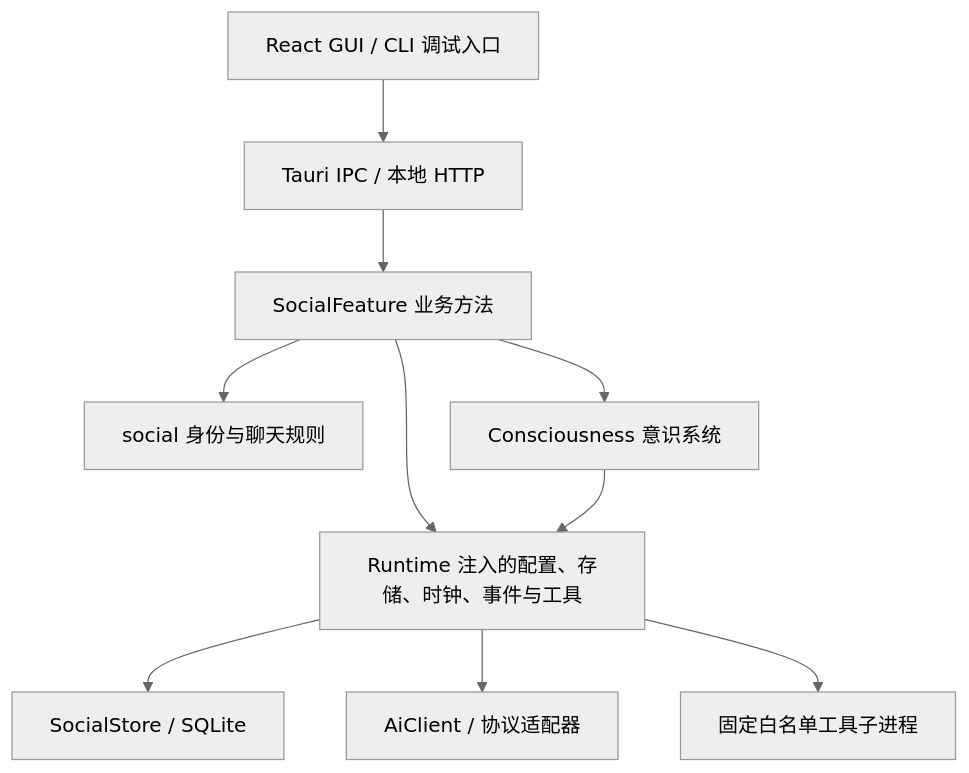
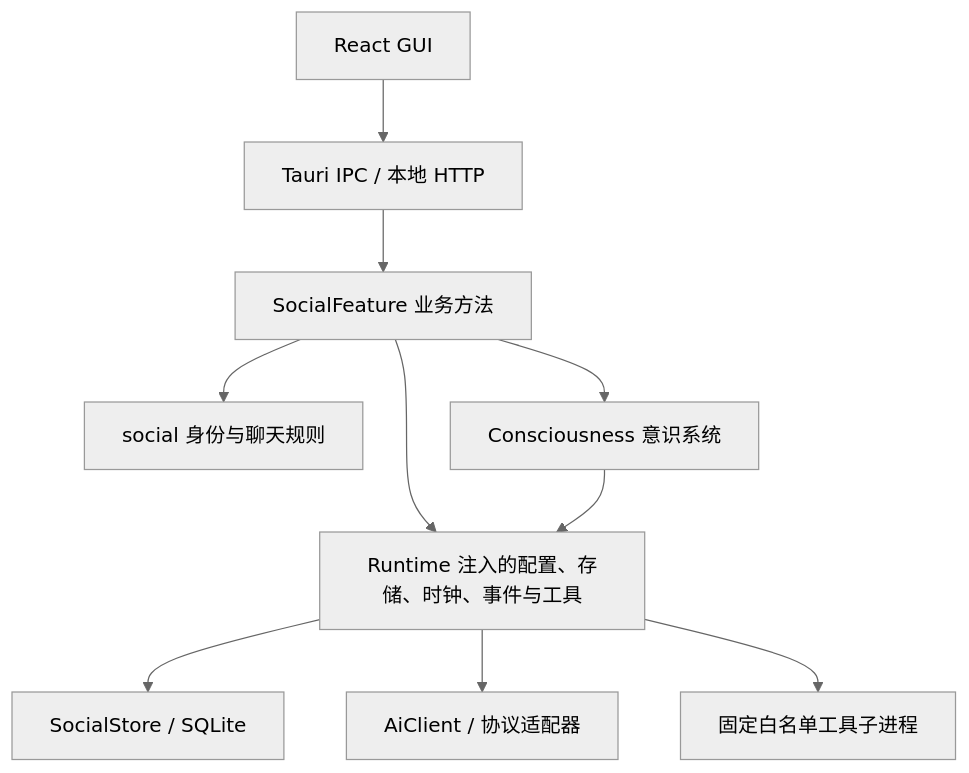
One commit to NingCold/llm-nest changed the diagram in docs/social-refactor/README.md. Above: the diagram before and after it, drawn with Mermaid (neutral theme). The commit also changed other lines of this file and 277 other files, not shown here.

````diff
--- a/docs/social-refactor/README.md
+++ b/docs/social-refactor/README.md
@@ -96,12 +96,12 @@
 ```mermaid
 flowchart TD
-    UI[React GUI / CLI 调试入口] --> Adapter[Tauri IPC / 本地 HTTP]
+    UI[React GUI] --> Adapter[Tauri IPC / 本地 HTTP]
     Adapter --> App[SocialFeature 业务方法]
     App --> Domain[social 身份与聊天规则]
     App --> Consciousness[Consciousness 意识系统]
     App --> Resources[Runtime 注入的配置、存储、时钟、事件与工具]
     Consciousness --> Resources
     Resources --> Store[SocialStore / SQLite]
     Resources --> Model[AiClient / 协议适配器]
     Resources --> Workers[固定白名单工具子进程]
 ```
````
